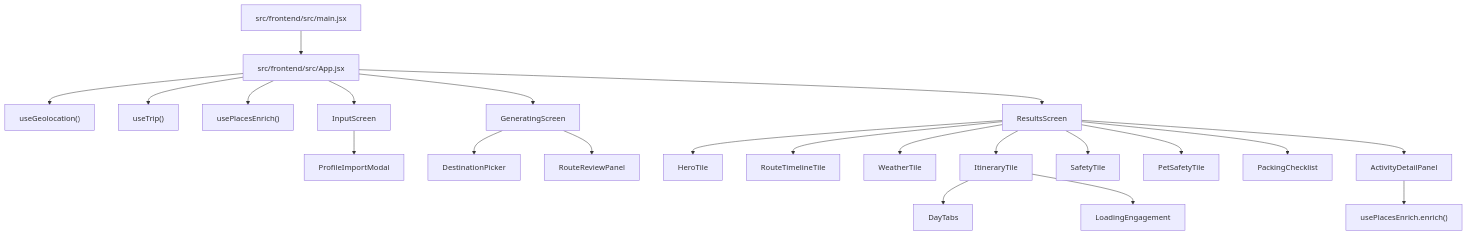
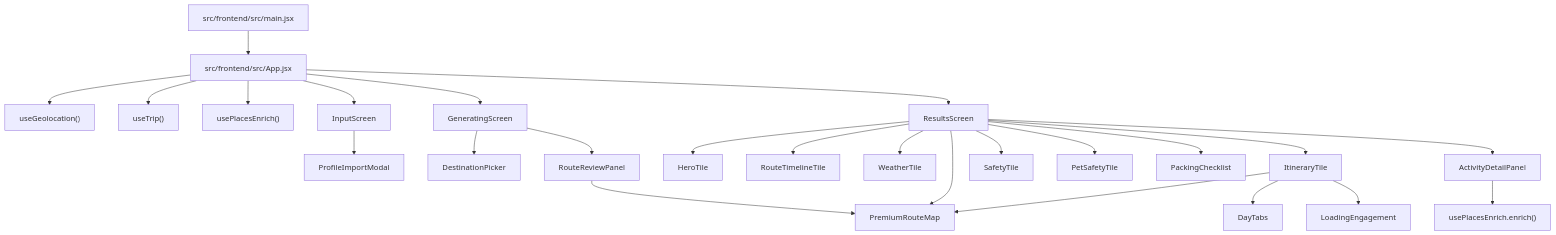
One commit to prasadnitish/SproutRoute changed the first of 7 diagrams in docs/WEB_CODE_GRAPH.md. Above: the diagram before and after it, drawn with Mermaid. The commit also changed other lines of this file and 20 other files, not shown here.

Commit message:
feat: add premium route maps

````diff
--- a/docs/WEB_CODE_GRAPH.md
+++ b/docs/WEB_CODE_GRAPH.md
@@ -21,29 +21,32 @@
 ```mermaid
 flowchart TD
     A["src/frontend/src/main.jsx"] --> B["src/frontend/src/App.jsx"]
 
     B --> C["useGeolocation()"]
     B --> D["useTrip()"]
     B --> E["usePlacesEnrich()"]
 
     B --> F["InputScreen"]
     B --> G["GeneratingScreen"]
     B --> H["ResultsScreen"]
 
     F --> I["ProfileImportModal"]
     G --> J["DestinationPicker"]
     G --> U["RouteReviewPanel"]
+    U --> W["PremiumRouteMap"]
 
     H --> K["HeroTile"]
+    H --> W
     H --> V["RouteTimelineTile"]
     H --> L["WeatherTile"]
     H --> M["ItineraryTile"]
     H --> N["SafetyTile"]
     H --> O["PetSafetyTile"]
     H --> P["PackingChecklist"]
     H --> Q["ActivityDetailPanel"]
 
     M --> R["DayTabs"]
     M --> S["LoadingEngagement"]
+    M --> W
     Q --> T["usePlacesEnrich.enrich()"]
 ```
````
